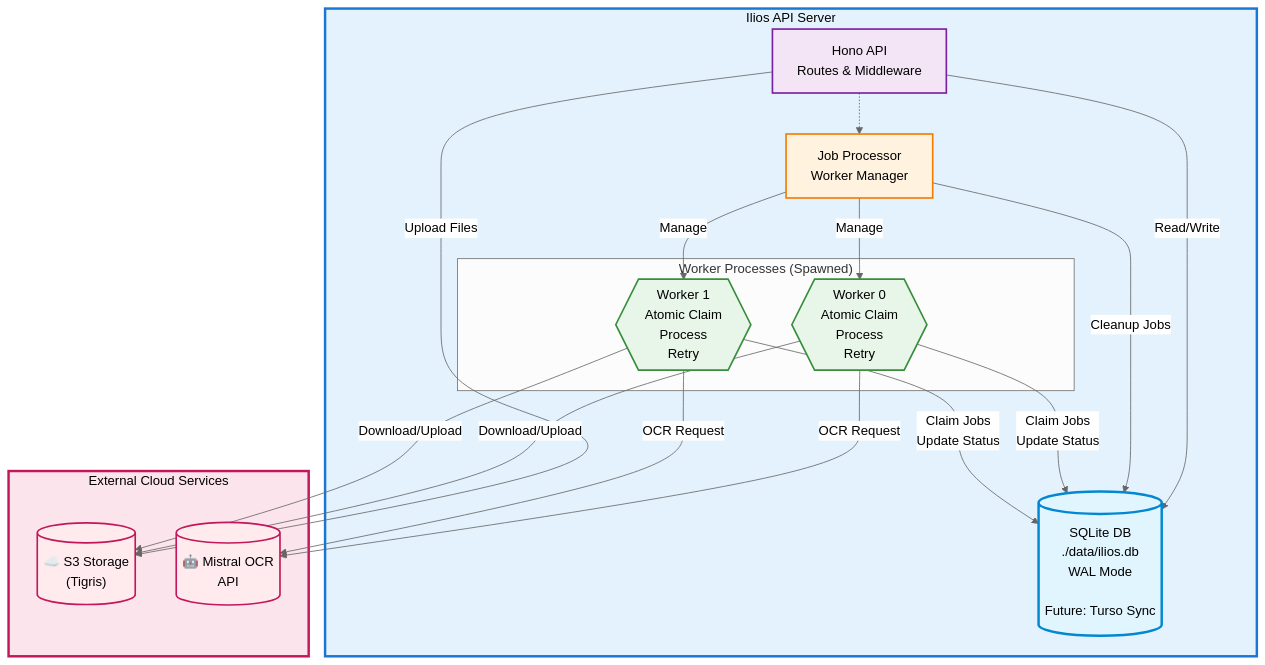
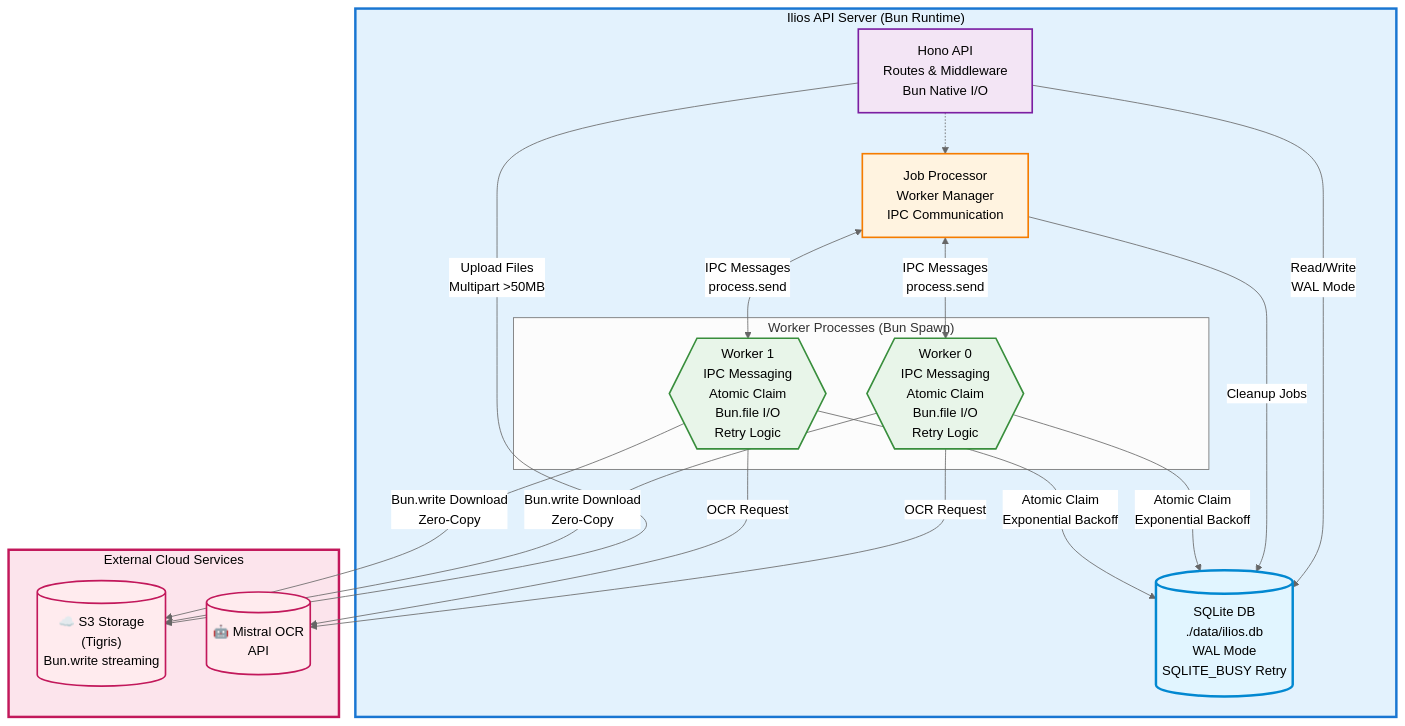
The first of 4 diagrams in README.md (tobalo/ilios), drawn with Mermaid (neutral theme) before and after one commit. The commit also changed other lines of this file and 11 other files, not shown here.

Commit message:
feat: enhanced IPC worker threads + jobId

````diff
--- a/README.md
+++ b/README.md
@@ -154,44 +143,44 @@
 ```mermaid
 graph TB
-    subgraph CORE["Ilios API Server"]
-        API[Hono API<br/>Routes & Middleware]
-        JP[Job Processor<br/>Worker Manager]
-        DB[(SQLite DB<br/>./data/ilios.db<br/>WAL Mode<br/><br/>Future: Turso Sync)]
+    subgraph CORE["Ilios API Server (Bun Runtime)"]
+        API[Hono API<br/>Routes & Middleware<br/>Bun Native I/O]
+        JP[Job Processor<br/>Worker Manager<br/>IPC Communication]
+        DB[(SQLite DB<br/>./data/ilios.db<br/>WAL Mode<br/>SQLITE_BUSY Retry)]
         
-        subgraph "Worker Processes (Spawned)"
-            W0{{Worker 0<br/>Atomic Claim<br/>Process<br/>Retry}}
-            W1{{Worker 1<br/>Atomic Claim<br/>Process<br/>Retry}}
+        subgraph "Worker Processes (Bun Spawn)"
+            W0{{Worker 0<br/>IPC Messaging<br/>Atomic Claim<br/>Bun.file I/O<br/>Retry Logic}}
+            W1{{Worker 1<br/>IPC Messaging<br/>Atomic Claim<br/>Bun.file I/O<br/>Retry Logic}}
         end
         
         API -.-> JP
-        API -->|Read/Write| DB
-        JP -->|Manage| W0
-        JP -->|Manage| W1
+        API -->|Read/Write<br/>WAL Mode| DB
+        JP <-->|IPC Messages<br/>process.send| W0
+        JP <-->|IPC Messages<br/>process.send| W1
         JP -->|Cleanup Jobs| DB
         
-        W0 -->|Claim Jobs<br/>Update Status| DB
-        W1 -->|Claim Jobs<br/>Update Status| DB
+        W0 -->|Atomic Claim<br/>Exponential Backoff| DB
+        W1 -->|Atomic Claim<br/>Exponential Backoff| DB
     end
     
     subgraph EXT["External Cloud Services"]
-        EXT_S3[("☁️ S3 Storage<br/>(Tigris)")]
+        EXT_S3[("☁️ S3 Storage<br/>(Tigris)<br/>Bun.write streaming")]
         EXT_MISTRAL[("🤖 Mistral OCR<br/>API")]
     end
     
-    API -->|Upload Files| EXT_S3
-    W0 -->|Download/Upload| EXT_S3
-    W1 -->|Download/Upload| EXT_S3
+    API -->|Upload Files<br/>Multipart >50MB| EXT_S3
+    W0 -->|Bun.write Download<br/>Zero-Copy| EXT_S3
+    W1 -->|Bun.write Download<br/>Zero-Copy| EXT_S3
     
     W0 -->|OCR Request| EXT_MISTRAL
     W1 -->|OCR Request| EXT_MISTRAL
     
     style CORE fill:#e3f2fd,stroke:#1976d2,stroke-width:3px,color:#000
     style EXT fill:#fce4ec,stroke:#c2185b,stroke-width:3px,color:#000
     style DB fill:#e1f5ff,stroke:#0288d1,stroke-width:3px,color:#000
     style API fill:#f3e5f5,stroke:#7b1fa2,stroke-width:2px,color:#000
     style JP fill:#fff3e0,stroke:#f57c00,stroke-width:2px,color:#000
     style W0 fill:#e8f5e9,stroke:#388e3c,stroke-width:2px,color:#000
     style W1 fill:#e8f5e9,stroke:#388e3c,stroke-width:2px,color:#000
     style EXT_S3 fill:#ffebee,stroke:#c2185b,stroke-width:2px,color:#000
     style EXT_MISTRAL fill:#ffebee,stroke:#c2185b,stroke-width:2px,color:#000
 ```
````
